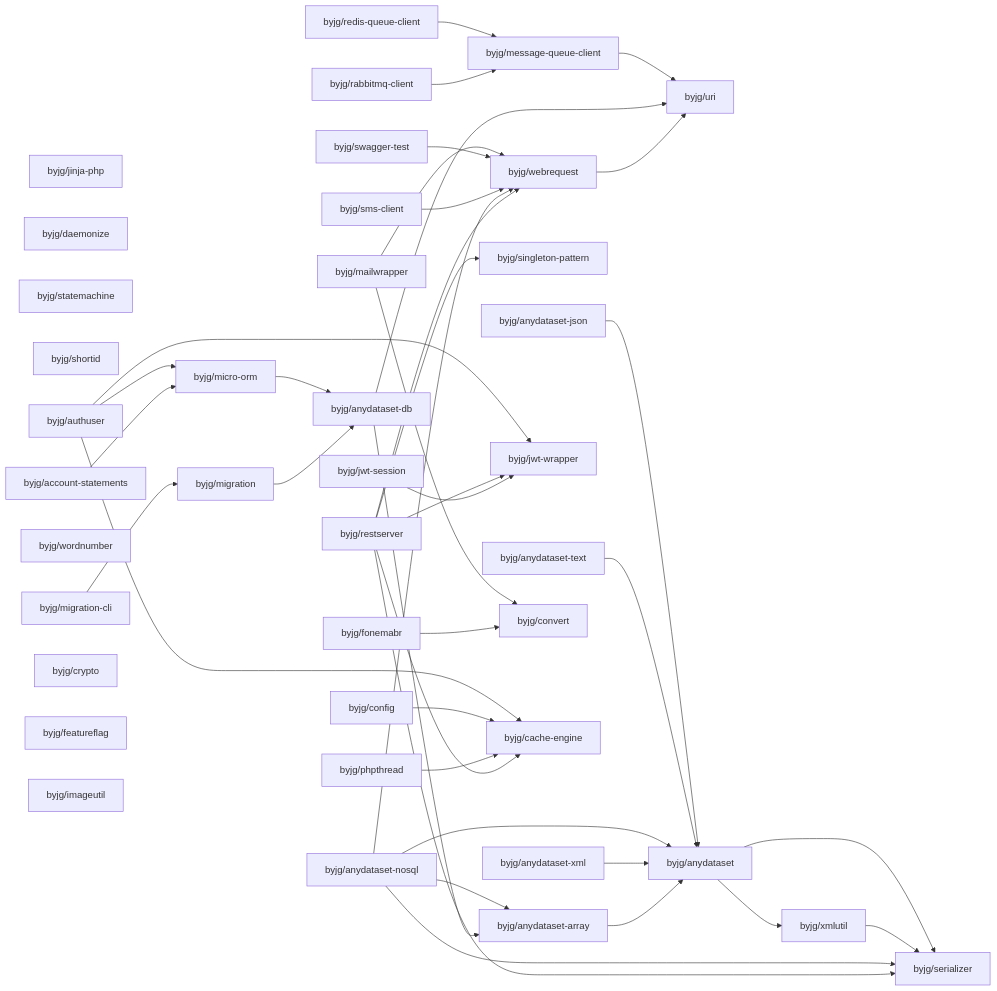
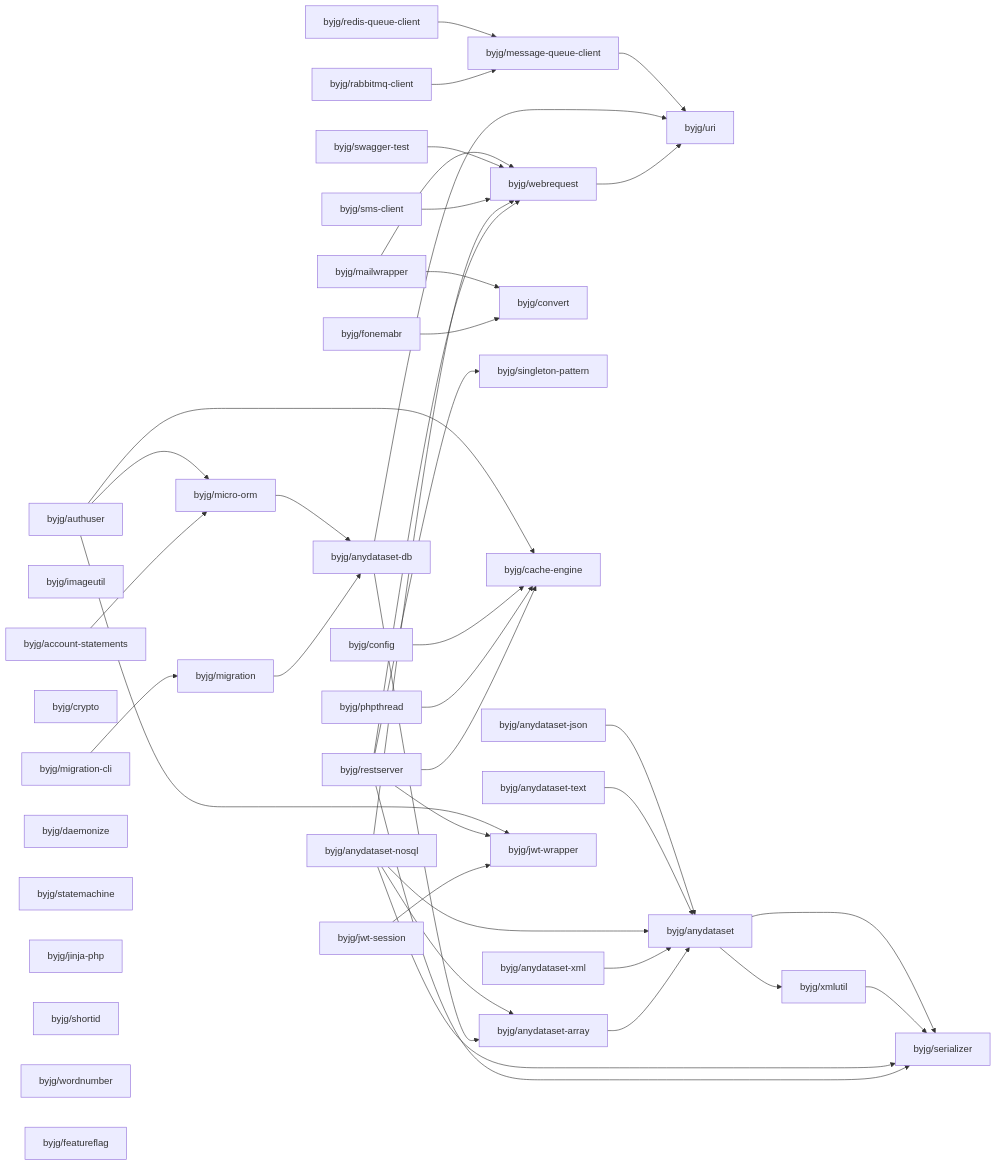
Before and after one commit to byjg/byjg.github.io: the diagram in docs/php/README.md, drawn with Mermaid. The commit also changed other lines of this file, not shown here.

Commit message:
Update documentation 'php' 'php-anydataset-text'

````diff
--- a/docs/php/README.md
+++ b/docs/php/README.md
@@ -3,79 +3,79 @@
 ```mermaid
 graph LR;
+  byjg/phpthread;
+  byjg/fonemabr;
+  byjg/account-statements;
+  byjg/sms-client;
+  byjg/config;
+  byjg/mailwrapper;
+  byjg/imageutil;
+  byjg/authuser;
+  byjg/crypto;
+  byjg/anydataset-json;
+  byjg/anydataset-nosql;
+  byjg/migration-cli;
+  byjg/daemonize;
+  byjg/statemachine;
+  byjg/jinja-php;
+  byjg/restserver;
+  byjg/shortid;
+  byjg/wordnumber;
+  byjg/redis-queue-client;
+  byjg/swagger-test;
   byjg/rabbitmq-client;
-  byjg/jinja-php;
-  byjg/daemonize;
   byjg/jwt-session;
-  byjg/statemachine;
-  byjg/shortid;
-  byjg/mailwrapper;
-  byjg/anydataset-json;
-  byjg/restserver;
-  byjg/account-statements;
-  byjg/migration-cli;
-  byjg/anydataset-nosql;
-  byjg/sms-client;
-  byjg/swagger-test;
-  byjg/wordnumber;
-  byjg/authuser;
-  byjg/anydataset-xml;
-  byjg/crypto;
-  byjg/redis-queue-client;
-  byjg/config;
-  byjg/fonemabr;
   byjg/anydataset-text;
   byjg/featureflag;
-  byjg/imageutil;
-  byjg/phpthread;
+  byjg/anydataset-xml;
+  byjg/convert;
+  byjg/micro-orm;
+  byjg/migration;
   byjg/singleton-pattern;
-  byjg/migration;
+  byjg/cache-engine;
   byjg/webrequest;
-  byjg/micro-orm;
+  byjg/message-queue-client;
   byjg/jwt-wrapper;
-  byjg/message-queue-client;
-  byjg/convert;
-  byjg/cache-engine;
   byjg/anydataset-db;
   byjg/anydataset-array;
   byjg/uri;
   byjg/anydataset;
   byjg/xmlutil;
   byjg/serializer;
   byjg/account-statements --> byjg/micro-orm;
   byjg/fonemabr --> byjg/convert;
   byjg/webrequest --> byjg/uri;
   byjg/anydataset-array --> byjg/anydataset;
   byjg/anydataset-xml --> byjg/anydataset;
   byjg/rabbitmq-client --> byjg/message-queue-client;
   byjg/redis-queue-client --> byjg/message-queue-client;
   byjg/jwt-session --> byjg/jwt-wrapper;
   byjg/anydataset-db --> byjg/anydataset-array;
   byjg/anydataset-db --> byjg/uri;
   byjg/restserver --> byjg/serializer;
   byjg/restserver --> byjg/singleton-pattern;
   byjg/restserver --> byjg/cache-engine;
   byjg/restserver --> byjg/webrequest;
   byjg/restserver --> byjg/jwt-wrapper;
   byjg/migration --> byjg/anydataset-db;
   byjg/anydataset-nosql --> byjg/anydataset;
   byjg/anydataset-nosql --> byjg/anydataset-array;
   byjg/anydataset-nosql --> byjg/serializer;
   byjg/anydataset-nosql --> byjg/webrequest;
   byjg/phpthread --> byjg/cache-engine;
   byjg/sms-client --> byjg/webrequest;
   byjg/swagger-test --> byjg/webrequest;
   byjg/migration-cli --> byjg/migration;
   byjg/config --> byjg/cache-engine;
   byjg/anydataset-text --> byjg/anydataset;
   byjg/micro-orm --> byjg/anydataset-db;
   byjg/authuser --> byjg/micro-orm;
   byjg/authuser --> byjg/cache-engine;
   byjg/authuser --> byjg/jwt-wrapper;
   byjg/anydataset-json --> byjg/anydataset;
   byjg/mailwrapper --> byjg/convert;
   byjg/mailwrapper --> byjg/webrequest;
   byjg/xmlutil --> byjg/serializer;
   byjg/anydataset --> byjg/serializer;
   byjg/anydataset --> byjg/xmlutil;
   byjg/message-queue-client --> byjg/uri;
 ```
````
